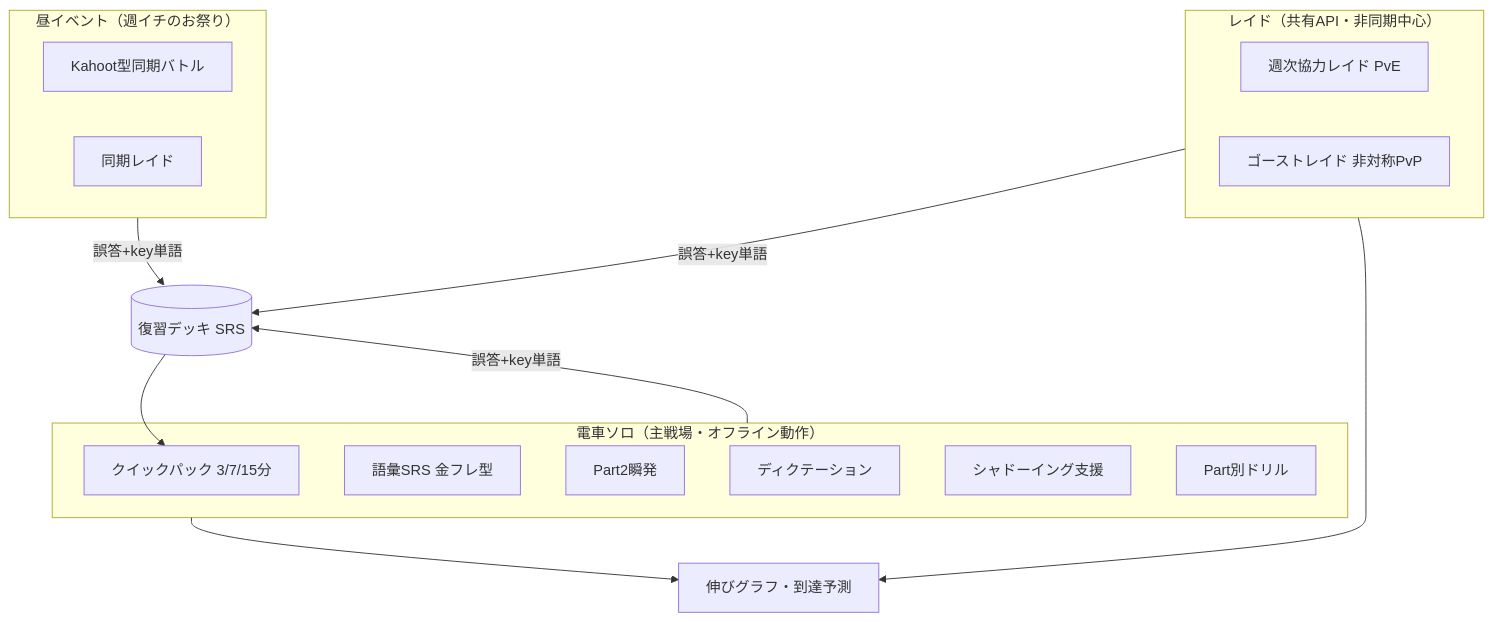
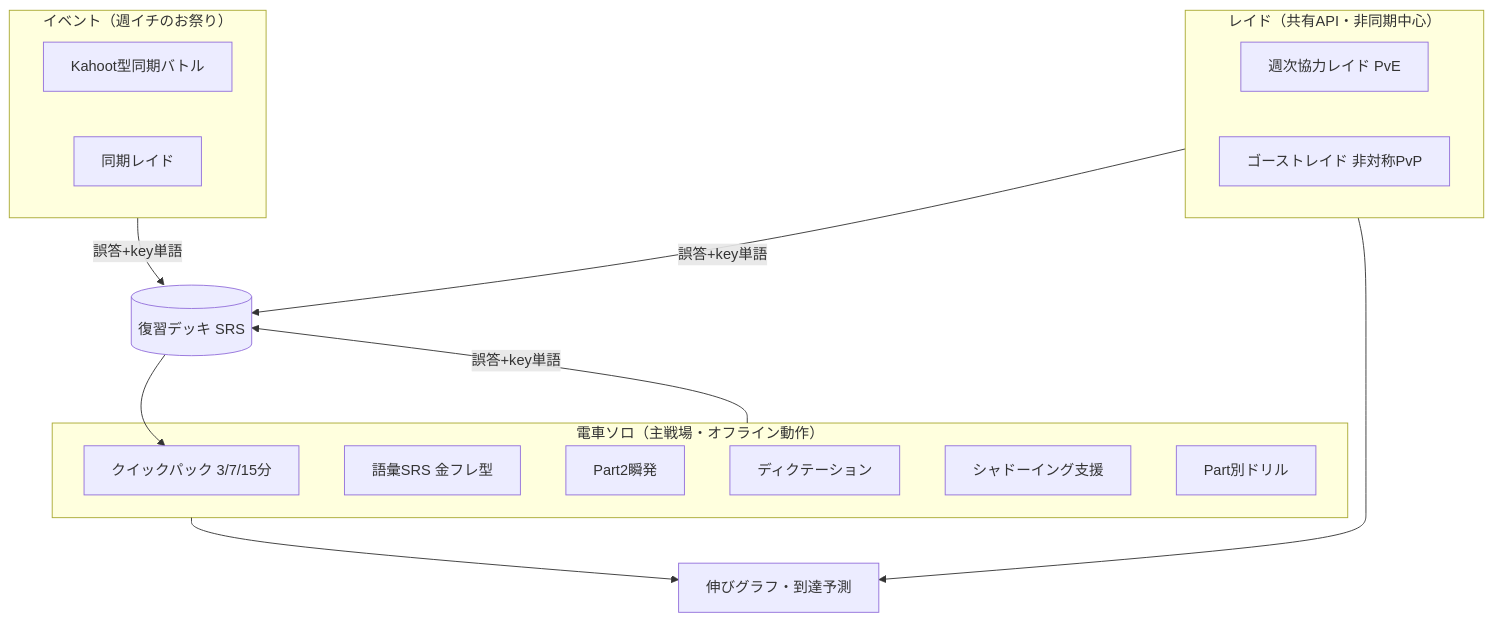
The diagram in docs/02_機能設計.md (war-lab/BEB-Raid), drawn with Mermaid before and after one commit. The commit also changed other lines of this file and 13 other files, not shown here.

````diff
--- a/docs/02_機能設計.md
+++ b/docs/02_機能設計.md
@@ -5,26 +5,26 @@
 ```mermaid
 flowchart TB
     subgraph solo["電車ソロ（主戦場・オフライン動作）"]
         QUICK[クイックパック 3/7/15分]
         VOCAB[語彙SRS 金フレ型]
         P2[Part2瞬発]
         DICT[ディクテーション]
         SHADOW[シャドーイング支援]
         DRILL[Part別ドリル]
     end
     subgraph raid["レイド（共有API・非同期中心）"]
         RAIDA[週次協力レイド PvE]
         RAIDB[ゴーストレイド 非対称PvP]
     end
-    subgraph lunch["昼イベント（週イチのお祭り）"]
+    subgraph lunch["イベント（週イチのお祭り）"]
         BATTLE[Kahoot型同期バトル]
         RAIDLIVE[同期レイド]
     end
     REVIEW[(復習デッキ SRS)]
     STATS[伸びグラフ・到達予測]
     solo -- 誤答+key単語 --> REVIEW
     raid -- 誤答+key単語 --> REVIEW
     lunch -- 誤答+key単語 --> REVIEW
     REVIEW --> QUICK
     solo & raid --> STATS
 ```
````
